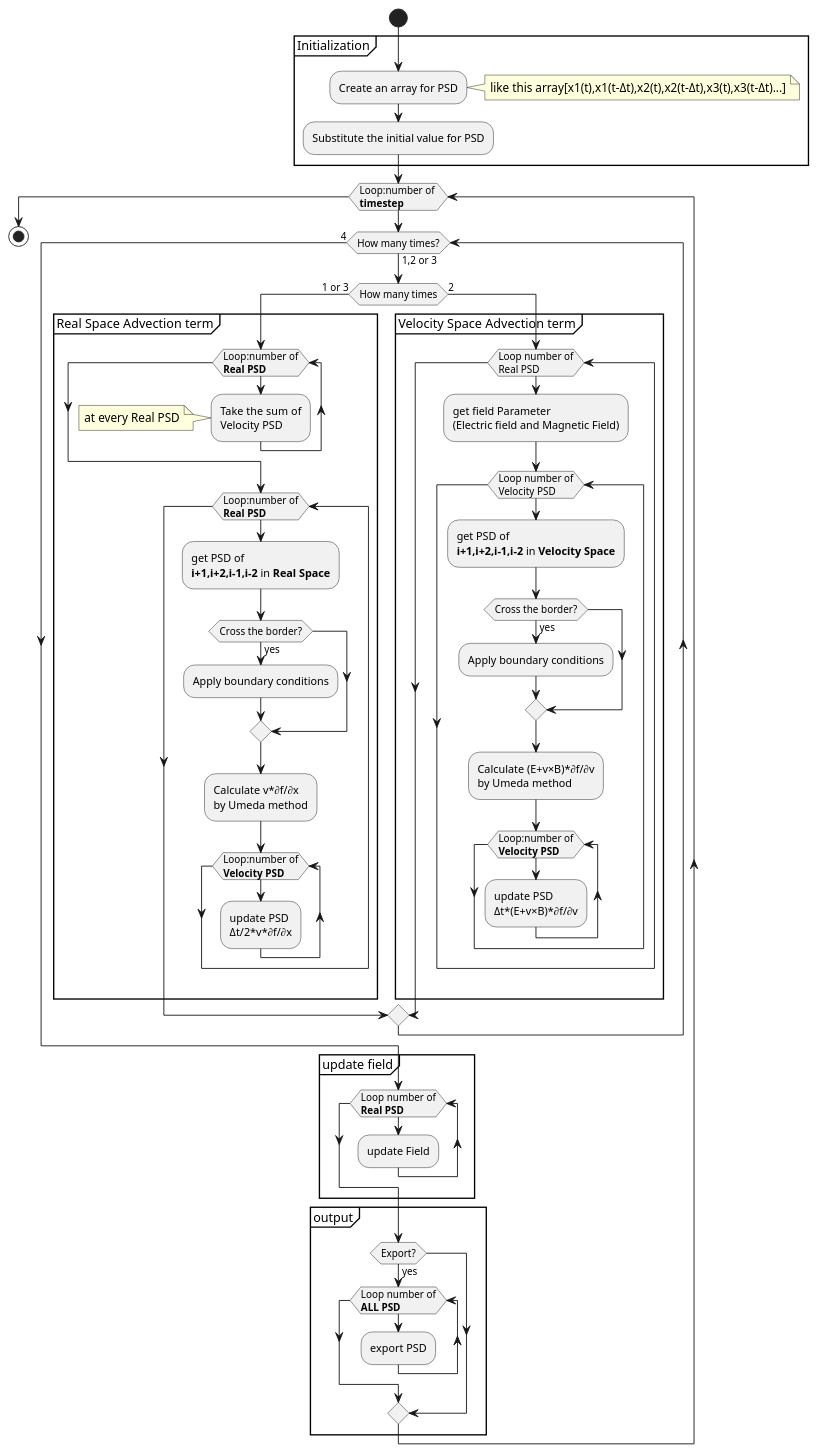
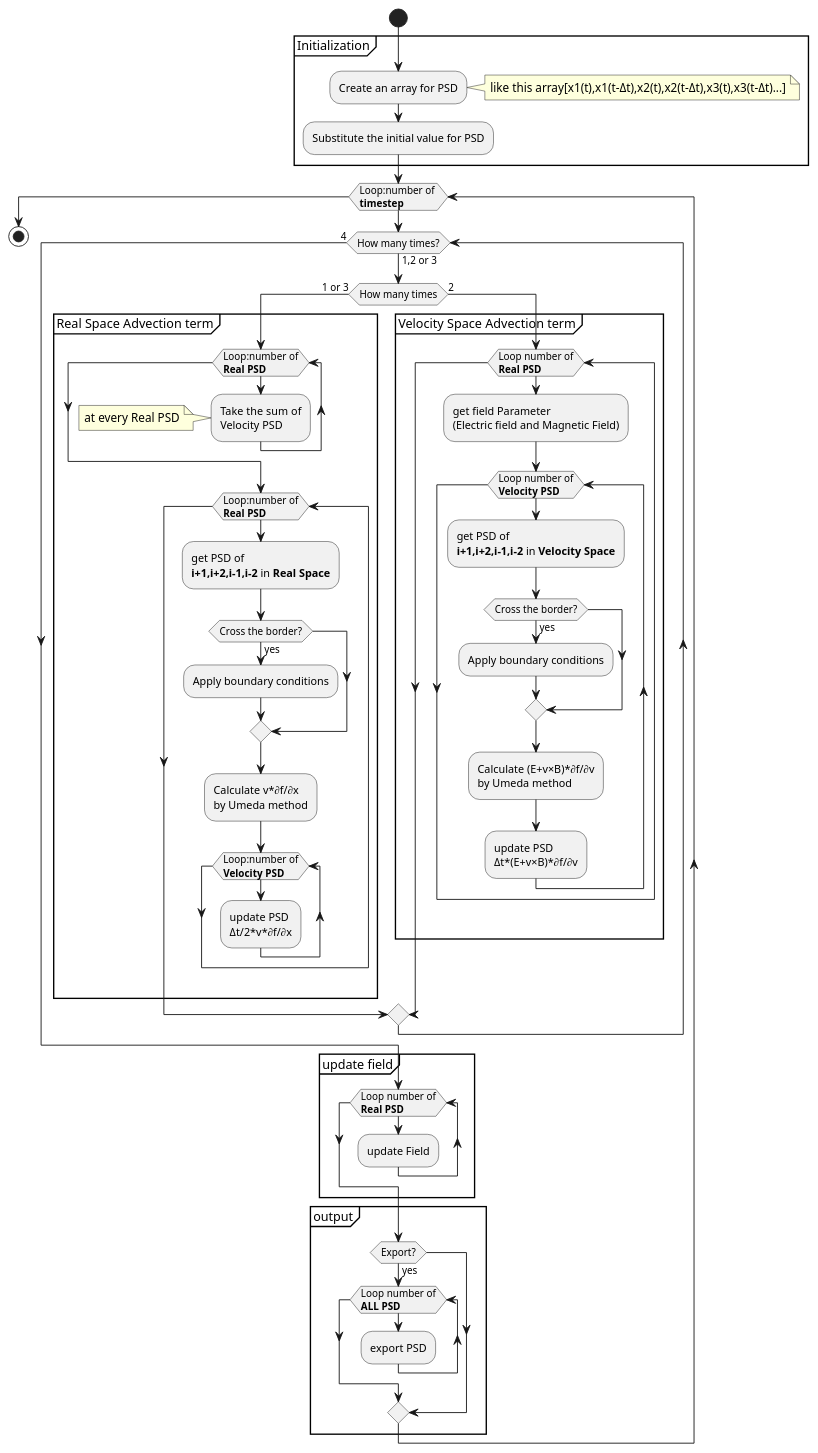
Before and after one commit to Butadiene/HEEModByPuls: the diagram in designCode/activity_diagram_outline.wsd, drawn with PlantUML.

Commit message:
fixed velocity advection term

```diff
--- a/designCode/activity_diagram_outline.wsd
+++ b/designCode/activity_diagram_outline.wsd
@@ -1,81 +1,79 @@
 @startuml activity_diagram_outline
 start 
 partition Initialization {
     :Create an array for PSD;
     note right:like this array[x1(t),x1(t-Δt),x2(t),x2(t-Δt),x3(t),x3(t-Δt)...]
 
     :Substitute the initial value for PSD;
 }
 
 while(Loop:number of \n**timestep**)
     while(How many times?) is (1,2 or 3)
         if(How many times) then(1 or 3)
      
             partition "Real Space Advection term" {
                 while (Loop:number of\n**Real PSD**)
                     :Take the sum of
                     Velocity PSD;
                     note:at every Real PSD
                 endwhile
 
                 while(Loop:number of\n**Real PSD**)
                     :get PSD of 
                     **i+1,i+2,i-1,i-2** in **Real Space**;
                     
                     if(Cross the border?) then(yes)
                     :Apply boundary conditions;
                     endif
 
                     :Calculate v*∂f/∂x 
                     by Umeda method;
                     while(Loop:number of\n**Velocity PSD**)
                         :update PSD 
                         Δt/2*v*∂f/∂x;
                     endwhile
 
                 endwhile
             }
         else(2)
             partition "Velocity Space Advection term"{
-                while(Loop number of\nReal PSD)
+                while(Loop number of\n**Real PSD**)
                     :get field Parameter
                     (Electric field and Magnetic Field);
-                    while(Loop number of\nVelocity PSD)
+                    while(Loop number of\n**Velocity PSD**)
                         :get PSD of 
                         **i+1,i+2,i-1,i-2** in **Velocity Space**;
                         
                         if(Cross the border?) then(yes)
                         :Apply boundary conditions;
                         endif
 
                         :Calculate (E+v×B)*∂f/∂v 
                         by Umeda method;
-                        while(Loop:number of\n**Velocity PSD**)
-                            :update PSD 
-                            Δt*(E+v×B)*∂f/∂v;
-                        endwhile
+                        :update PSD 
+                        Δt*(E+v×B)*∂f/∂v;
                     endwhile
                 endwhile
             }
         endif
     end while(4)
 
     partition "update field" {
         while(Loop number of\n**Real PSD**)
                 :update Field;
         endwhile
     }
 
     partition output {
         if(Export?) then (yes)
             while(Loop number of\n**ALL PSD**)
                 :export PSD;
             endwhile
         endif
     }
 endwhile
 
 
 stop
 
 @end uml
```
